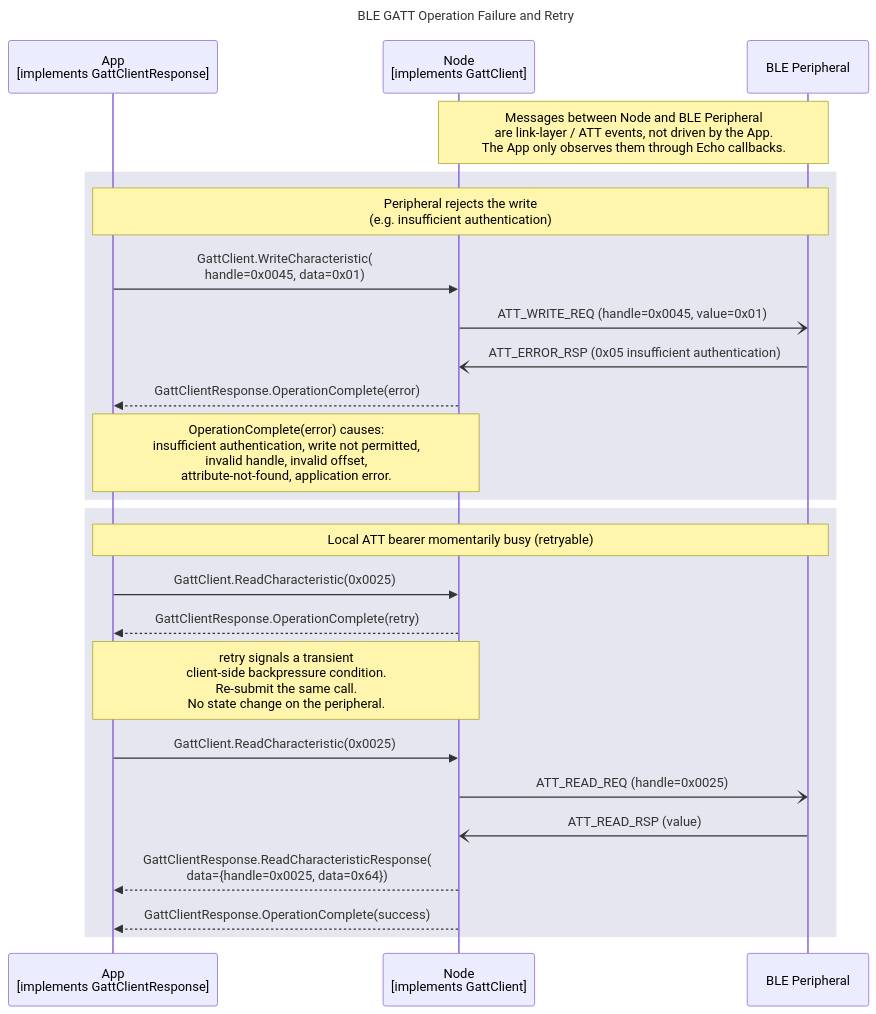
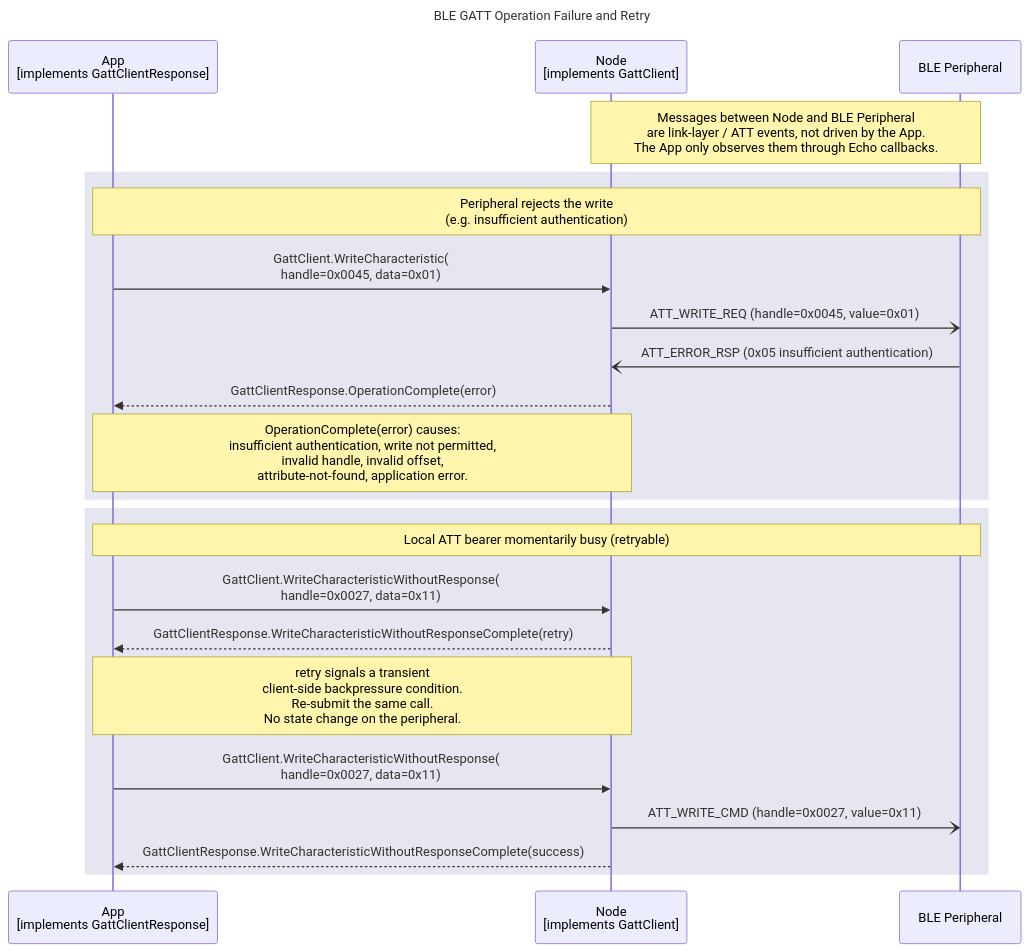
Before and after one commit to philips-software/amp-embedded-infra-lib: the diagram in documents/modules/ROOT/partials/echoservices/gatt_client/GattClient_OperationFailure_sequence.mmd, drawn with Mermaid. The commit also changed 14 other files, not shown here.

```diff
--- a/documents/modules/ROOT/partials/echoservices/gatt_client/GattClient_OperationFailure_sequence.mmd
+++ b/documents/modules/ROOT/partials/echoservices/gatt_client/GattClient_OperationFailure_sequence.mmd
@@ -1,30 +1,28 @@
 sequenceDiagram
     title BLE GATT Operation Failure and Retry
 
     participant App as App<br>[implements GattClientResponse]
     participant Node as Node<br>[implements GattClient]
     participant Peripheral as BLE Peripheral
 
     Note over Node, Peripheral: Messages between Node and BLE Peripheral<br>are link-layer / ATT events, not driven by the App.<br>The App only observes them through Echo callbacks.
 
     rect rgb(230, 230, 240)
         note over App, Peripheral: Peripheral rejects the write<br>(e.g. insufficient authentication)
         App->>Node: GattClient.WriteCharacteristic(<br>handle=0x0045, data=0x01)
         Node-)Peripheral: ATT_WRITE_REQ (handle=0x0045, value=0x01)
         Peripheral-)Node: ATT_ERROR_RSP (0x05 insufficient authentication)
         Node-->>App: GattClientResponse.OperationComplete(error)
         Note over App, Node: OperationComplete(error) causes:<br>insufficient authentication, write not permitted,<br>invalid handle, invalid offset,<br>attribute-not-found, application error.
     end
 
     rect rgb(230, 230, 240)
         note over App, Peripheral: Local ATT bearer momentarily busy (retryable)
-        App->>Node: GattClient.ReadCharacteristic(0x0025)
-        Node-->>App: GattClientResponse.OperationComplete(retry)
+        App->>Node: GattClient.WriteCharacteristicWithoutResponse(<br>handle=0x0027, data=0x11)
+        Node-->>App: GattClientResponse.WriteCharacteristicWithoutResponseComplete(retry)
         Note over App, Node: retry signals a transient<br>client-side backpressure condition.<br>Re-submit the same call.<br>No state change on the peripheral.
 
-        App->>Node: GattClient.ReadCharacteristic(0x0025)
-        Node-)Peripheral: ATT_READ_REQ (handle=0x0025)
-        Peripheral-)Node: ATT_READ_RSP (value)
-        Node-->>App: GattClientResponse.ReadCharacteristicResponse(<br>data={handle=0x0025, data=0x64})
-        Node-->>App: GattClientResponse.OperationComplete(success)
+        App->>Node: GattClient.WriteCharacteristicWithoutResponse(<br>handle=0x0027, data=0x11)
+        Node-)Peripheral: ATT_WRITE_CMD (handle=0x0027, value=0x11)
+        Node-->>App: GattClientResponse.WriteCharacteristicWithoutResponseComplete(success)
     end
```
